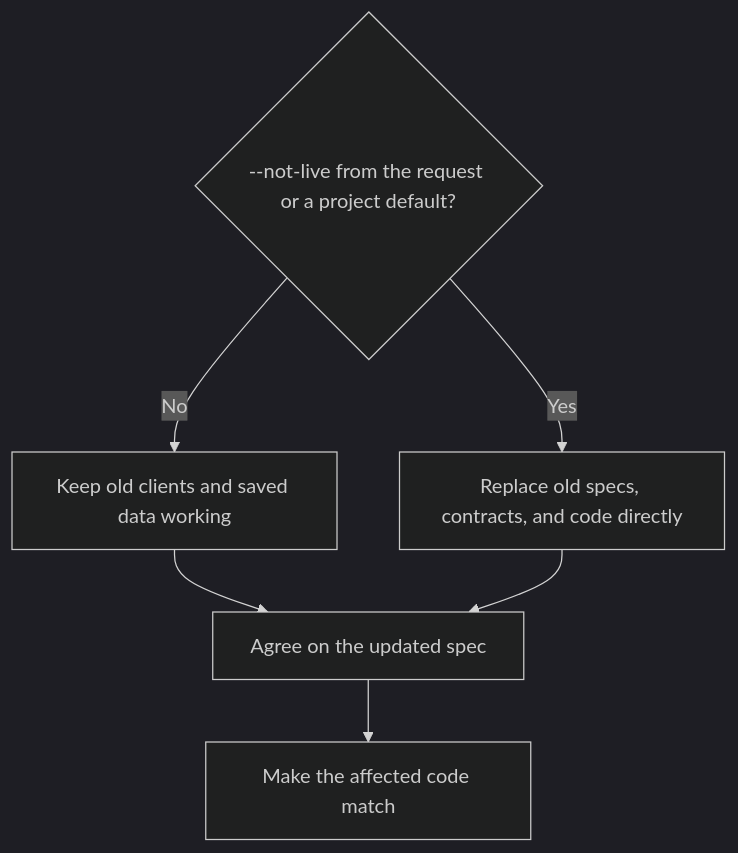
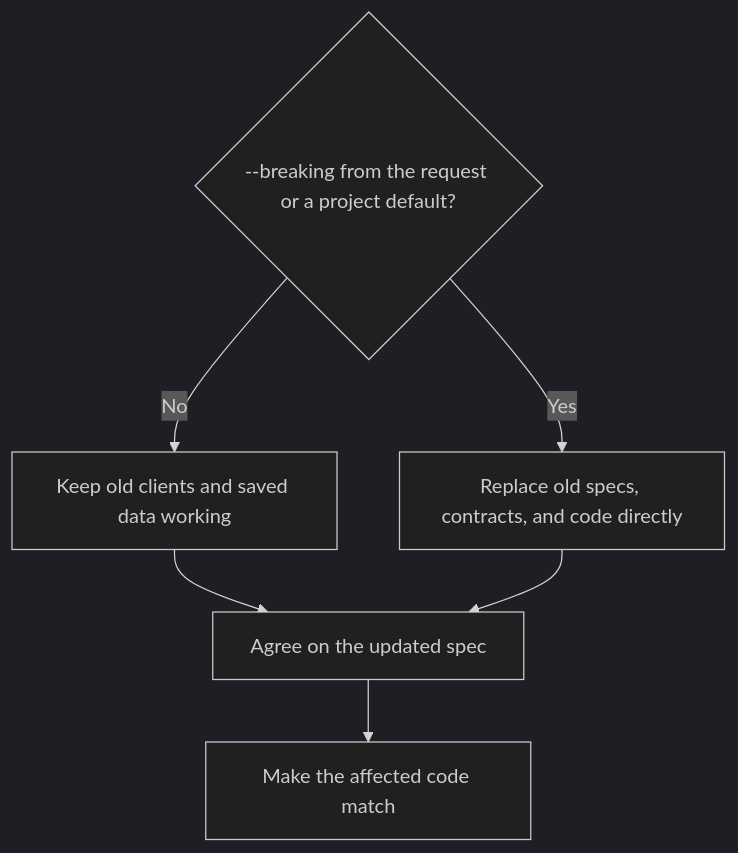
Before and after one commit to fsw0422/.ksp: the second of 10 diagrams in skills/spec-workflow/SKILL.md, drawn with Mermaid (dark theme). The commit also changed other lines of this file and 8 other files, not shown here.

First line of the commit message:
spec-workflow: add --compare and --from-code, and rename --not-live to --breaking

````diff
--- a/skills/spec-workflow/SKILL.md
+++ b/skills/spec-workflow/SKILL.md
@@ -68,8 +88,8 @@
 ```mermaid
 flowchart TD
-    Mode{--not-live from the request or a project default?} -->|No| Live[Keep old clients and saved data working]
+    Mode{--breaking from the request or a project default?} -->|No| Live[Keep old clients and saved data working]
     Mode -->|Yes| Replace[Replace old specs, contracts, and code directly]
     Live --> Spec[Agree on the updated spec]
     Replace --> Spec
     Spec --> Code[Make the affected code match]
 ```
````
